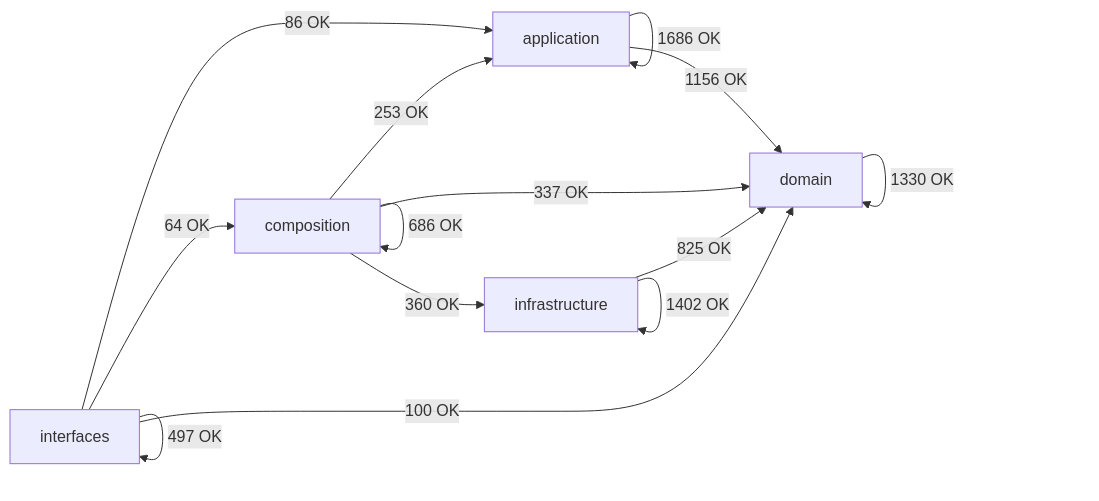
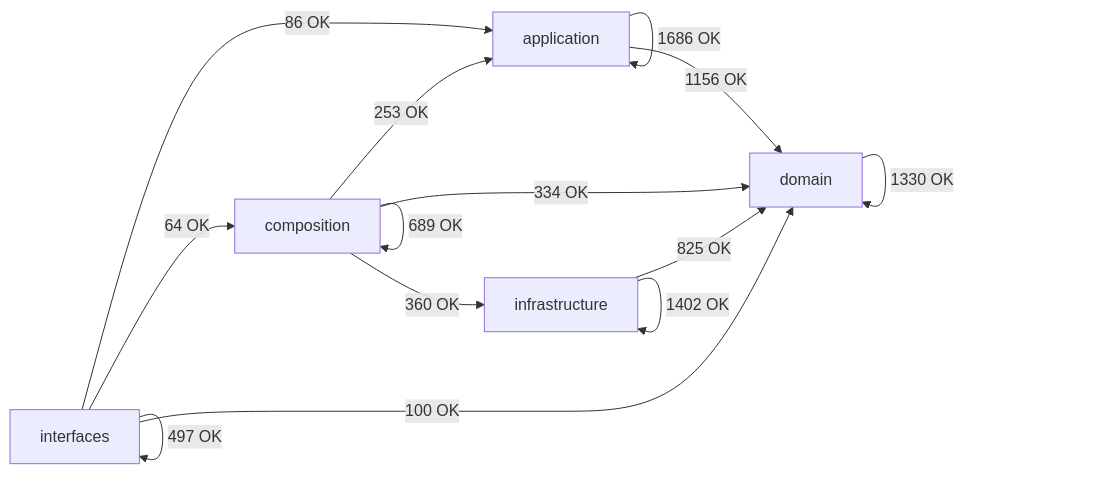
Before and after one commit to SatoryKono/BioactivityDataAcquisition: the diagram in docs/02-architecture/generated/module-dependency-map.md, drawn with Mermaid. The commit also changed other lines of this file and 103 other files, not shown here.

````diff
--- a/docs/02-architecture/generated/module-dependency-map.md
+++ b/docs/02-architecture/generated/module-dependency-map.md
@@ -17,21 +17,21 @@
 ```mermaid
 flowchart LR
     domain[domain]
     application[application]
     infrastructure[infrastructure]
     composition[composition]
     interfaces[interfaces]
     application -->|1686 OK| application
     application -->|1156 OK| domain
     composition -->|253 OK| application
-    composition -->|686 OK| composition
-    composition -->|337 OK| domain
+    composition -->|689 OK| composition
+    composition -->|334 OK| domain
     composition -->|360 OK| infrastructure
     domain -->|1330 OK| domain
     infrastructure -->|825 OK| domain
     infrastructure -->|1402 OK| infrastructure
     interfaces -->|86 OK| application
     interfaces -->|64 OK| composition
     interfaces -->|100 OK| domain
     interfaces -->|497 OK| interfaces
 ```
````
